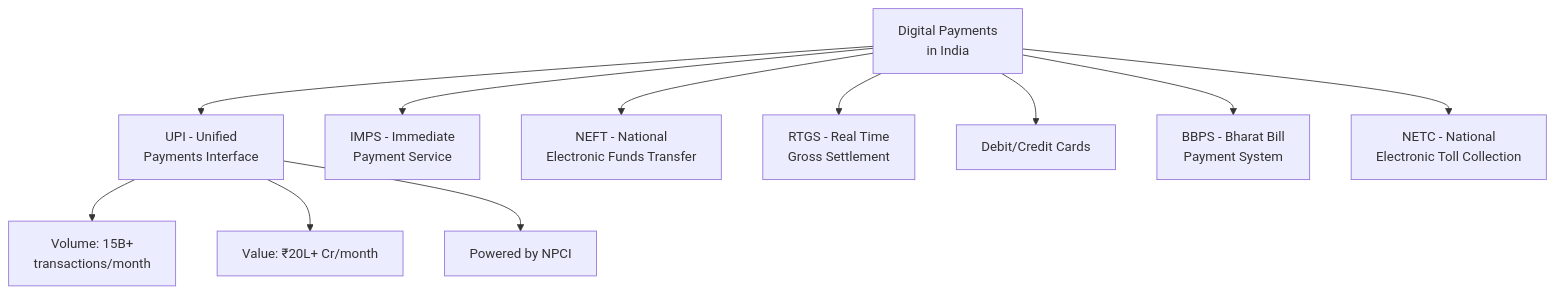
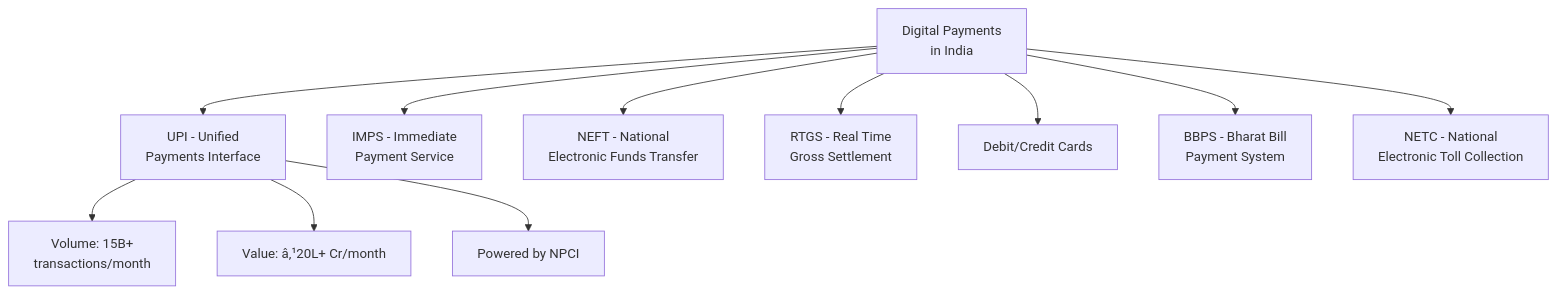
The fourth of 6 diagrams in docs/courses/banking-financial-awareness/05-banking-terminology-acts.md (Raushan666java/ai-engineering-journey), drawn with Mermaid before and after one commit. The commit also changed other lines of this file and 735 other files, not shown here.

````diff
--- a/docs/courses/banking-financial-awareness/05-banking-terminology-acts.md
+++ b/docs/courses/banking-financial-awareness/05-banking-terminology-acts.md
@@ -374,14 +374,14 @@
 ```mermaid
 flowchart TD
     A[Digital Payments<br/>in India] --> B[UPI - Unified<br/>Payments Interface]
     A --> C[IMPS - Immediate<br/>Payment Service]
     A --> D[NEFT - National<br/>Electronic Funds Transfer]
     A --> E[RTGS - Real Time<br/>Gross Settlement]
     A --> F[Debit/Credit Cards]
     A --> G[BBPS - Bharat Bill<br/>Payment System]
     A --> H[NETC - National<br/>Electronic Toll Collection]
     
     B --> B1[Volume: 15B+<br/>transactions/month]
-    B --> B2[Value: ₹20L+ Cr/month]
+    B --> B2[Value: â‚¹20L+ Cr/month]
     B --> B3[Powered by NPCI]
 ```
````
